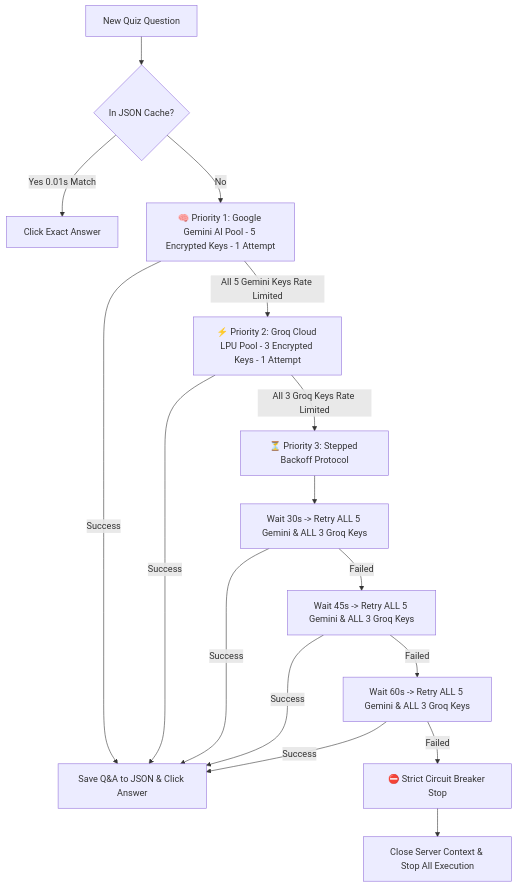
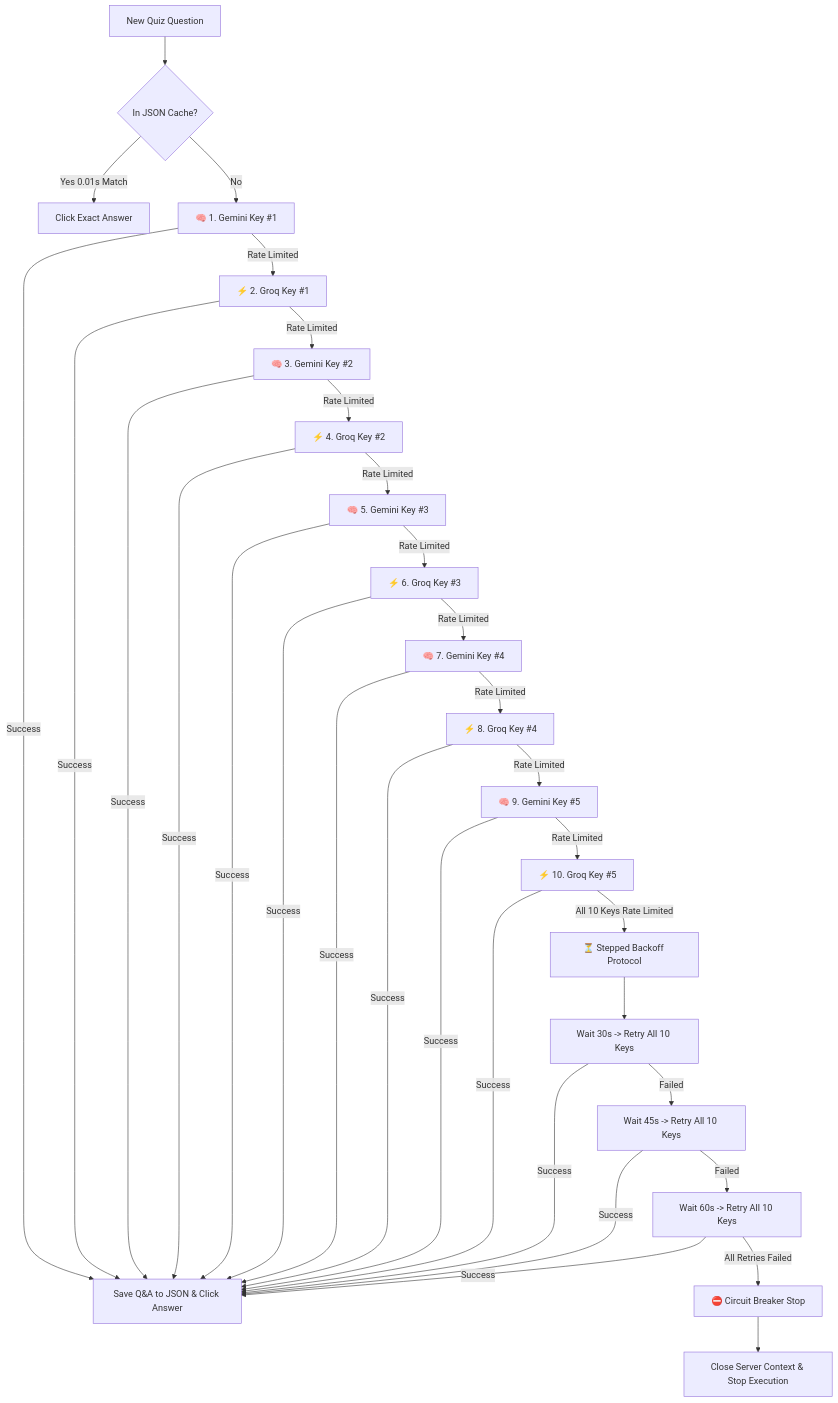
One commit to thechandrax/DikshaPlus-Automation-Suite changed the diagram in docs/07_DUAL_AI_SOLVER_AND_BACKOFF_LOGS_GUIDE.md. Above: the diagram before and after it, drawn with Mermaid. The commit also changed other lines of this file, not shown here.

Commit message:
Docs: Add prominent Security PIN 541563 and complete 10-Key Interleaved Alternating AI Pool Mermaid flowchart to 07_DUAL_AI_SOLVER_AND_BACKOFF_LOGS_GUIDE.md

````diff
--- a/docs/07_DUAL_AI_SOLVER_AND_BACKOFF_LOGS_GUIDE.md
+++ b/docs/07_DUAL_AI_SOLVER_AND_BACKOFF_LOGS_GUIDE.md
@@ -22,21 +29,45 @@
 ```mermaid
 flowchart TD
     A[New Quiz Question] --> B{In JSON Cache?}
     B -- Yes 0.01s Match --> C[Click Exact Answer]
-    B -- No --> D[🧠 Priority 1: Google Gemini AI Pool - 5 Encrypted Keys - 1 Attempt]
+    B -- No --> D[🧠 1. Gemini Key #1]
     
     D -- Success --> E[Save Q&A to JSON & Click Answer]
-    D -- All 5 Gemini Keys Rate Limited --> F[⚡ Priority 2: Groq Cloud LPU Pool - 3 Encrypted Keys - 1 Attempt]
+    D -- Rate Limited --> F[⚡ 2. Groq Key #1]
     
     F -- Success --> E
-    F -- All 3 Groq Keys Rate Limited --> G[⏳ Priority 3: Stepped Backoff Protocol]
+    F -- Rate Limited --> G[🧠 3. Gemini Key #2]
     
-    G --> H[Wait 30s -> Retry ALL 5 Gemini & ALL 3 Groq Keys]
+    G -- Success --> E
+    G -- Rate Limited --> H[⚡ 4. Groq Key #2]
+    
     H -- Success --> E
-    H -- Failed --> I[Wait 45s -> Retry ALL 5 Gemini & ALL 3 Groq Keys]
+    H -- Rate Limited --> I[🧠 5. Gemini Key #3]
+    
     I -- Success --> E
-    I -- Failed --> J[Wait 60s -> Retry ALL 5 Gemini & ALL 3 Groq Keys]
+    I -- Rate Limited --> J[⚡ 6. Groq Key #3]
+    
     J -- Success --> E
-    J -- Failed --> K[⛔ Strict Circuit Breaker Stop]
-    K --> L[Close Server Context & Stop All Execution]
+    J -- Rate Limited --> K[🧠 7. Gemini Key #4]
+    
+    K -- Success --> E
+    K -- Rate Limited --> L[⚡ 8. Groq Key #4]
+    
+    L -- Success --> E
+    L -- Rate Limited --> M[🧠 9. Gemini Key #5]
+    
+    M -- Success --> E
+    M -- Rate Limited --> N[⚡ 10. Groq Key #5]
+    
+    N -- Success --> E
+    N -- All 10 Keys Rate Limited --> O[⏳ Stepped Backoff Protocol]
+    
+    O --> P[Wait 30s -> Retry All 10 Keys]
+    P -- Success --> E
+    P -- Failed --> Q[Wait 45s -> Retry All 10 Keys]
+    Q -- Success --> E
+    Q -- Failed --> R[Wait 60s -> Retry All 10 Keys]
+    R -- Success --> E
+    R -- All Retries Failed --> S[⛔ Circuit Breaker Stop]
+    S --> T[Close Server Context & Stop Execution]
 ```
````
